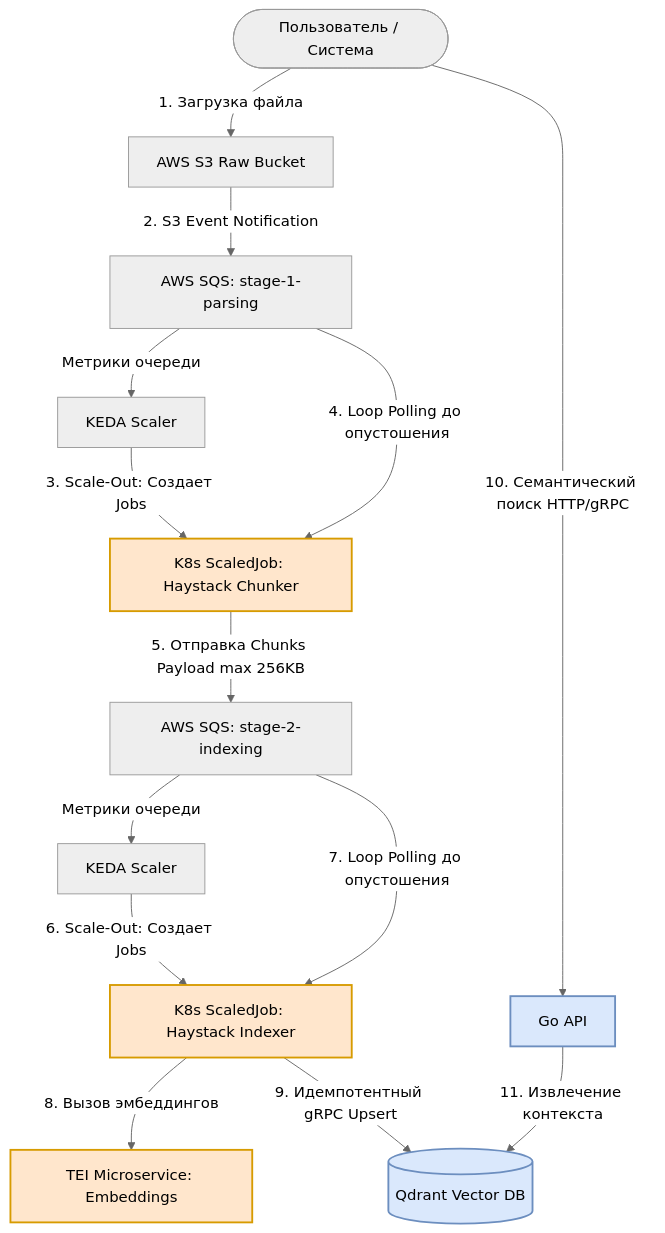
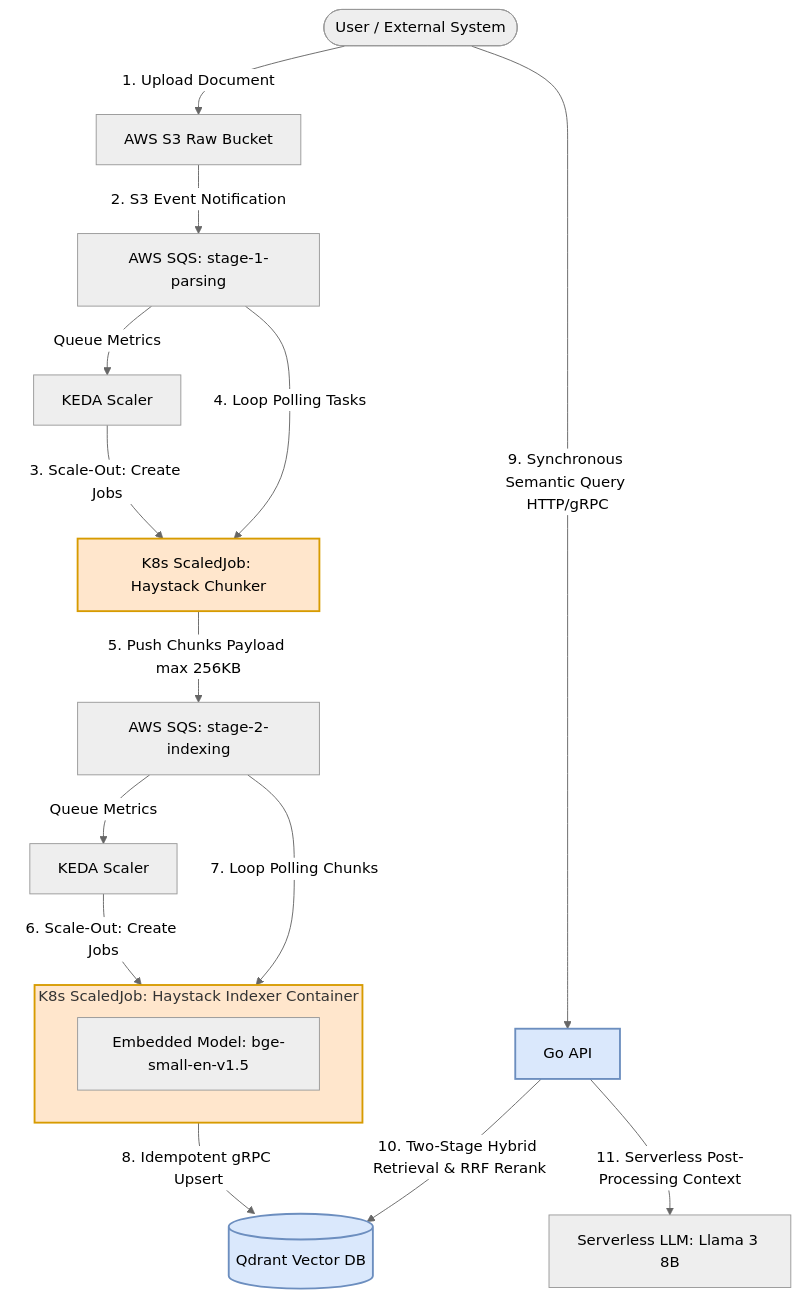
Before and after one commit to maksimillian1/simple-rag: the diagram in docs/architecture.md, drawn with Mermaid (neutral theme). The commit also changed other lines of this file and 10 other files, not shown here.

Commit message:
SR Initial architecture

````diff
--- a/docs/architecture.md
+++ b/docs/architecture.md
@@ -15,29 +21,34 @@
 ```mermaid
 graph TD
-    User([Пользователь / Система]) -->|1. Загрузка файла| S3[AWS S3 Raw Bucket]
+    User([User / External System]) -->|1. Upload Document| S3[AWS S3 Raw Bucket]
     S3 -->|2. S3 Event Notification| SQS1[AWS SQS: stage-1-parsing]
     
     %% Stage 1 Boundary
-    SQS1 -->|Метрики очереди| KEDA1[KEDA Scaler]
-    KEDA1 -->|3. Scale-Out: Создает Jobs| Job1[K8s ScaledJob: Haystack Chunker]
-    SQS1 -->|4. Loop Polling до опустошения| Job1
+    SQS1 -->|Queue Metrics| KEDA1[KEDA Scaler]
+    KEDA1 -->|3. Scale-Out: Create Jobs| Job1[K8s ScaledJob: Haystack Chunker]
+    SQS1 -->|4. Loop Polling Tasks| Job1
     
     %% Intermediate Payload Passing
-    Job1 -->|5. Отправка Chunks Payload max 256KB| SQS2[AWS SQS: stage-2-indexing]
+    Job1 -->|5. Push Chunks Payload max 256KB| SQS2[AWS SQS: stage-2-indexing]
     
     %% Stage 2 Boundary
-    SQS2 -->|Метрики очереди| KEDA2[KEDA Scaler]
-    KEDA2 -->|6. Scale-Out: Создает Jobs| Job2[K8s ScaledJob: Haystack Indexer]
-    SQS2 -->|7. Loop Polling до опустошения| Job2
-    Job2 -->|8. Вызов эмбеддингов| TEI[TEI Microservice: Embeddings]
-    Job2 -->|9. Идемпотентный gRPC Upsert| Qdrant[(Qdrant Vector DB)]
+    SQS2 -->|Queue Metrics| KEDA2[KEDA Scaler]
+    KEDA2 -->|6. Scale-Out: Create Jobs| Job2[K8s ScaledJob: Haystack Indexer]
+    SQS2 -->|7. Loop Polling Chunks| Job2
+    
+    subgraph Job2 [K8s ScaledJob: Haystack Indexer Container]
+        Model[Embedded Model: bge-small-en-v1.5]
+    end
+    
+    Job2 -->|8. Idempotent gRPC Upsert| Qdrant[(Qdrant Vector DB)]
     
     %% Query Boundary
-    User -->|10. Семантический поиск HTTP/gRPC| GoAPI[Go API]
-    GoAPI -->|11. Извлечение контекста| Qdrant
+    User -->|9. Synchronous Semantic Query HTTP/gRPC| GoAPI[Go API]
+    GoAPI -->|10. Two-Stage Hybrid Retrieval & RRF Rerank| Qdrant
+    GoAPI -->|11. Serverless Post-Processing Context| LLM[Serverless LLM: Llama 3 8B]
 
     classDef spot fill:#ffe6cc,stroke:#d79b00,stroke-width:2px;
     classDef ondemand fill:#dae8fc,stroke:#6c8ebf,stroke-width:2px;
-    class Job1,Job2,TEI spot;
+    class Job1,Job2 spot;
     class GoAPI,Qdrant ondemand;
 ```
````
